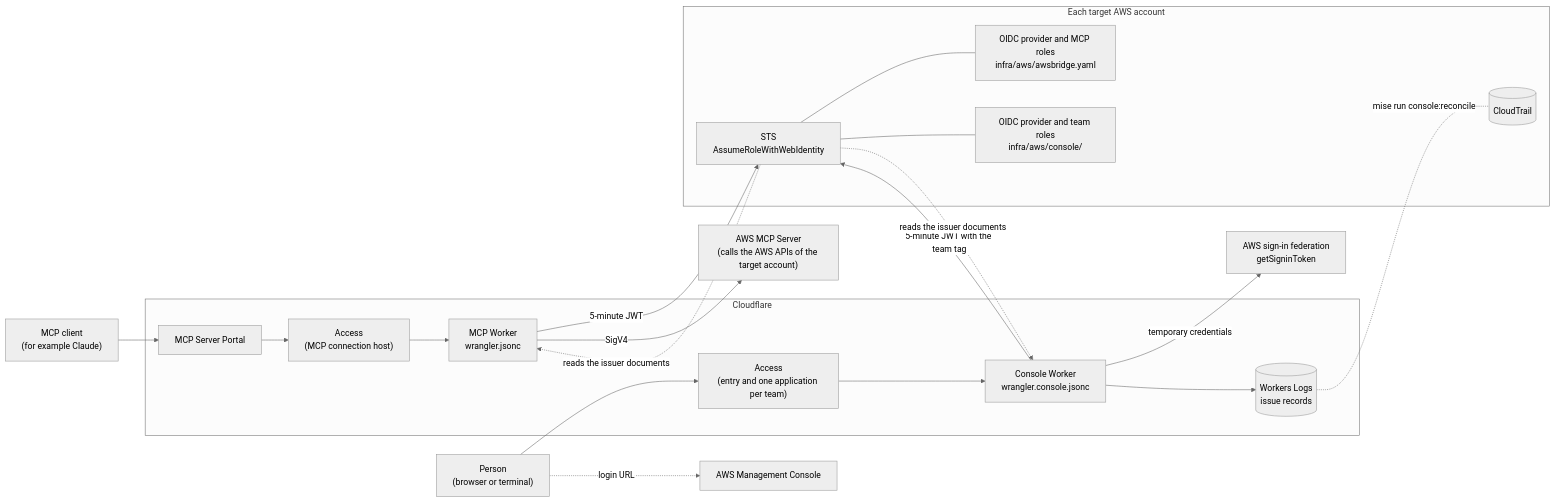
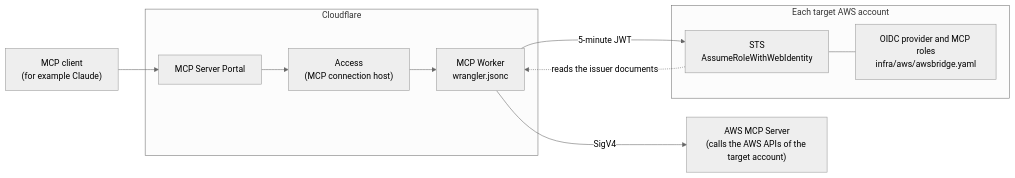
Before and after one commit to youyo/awsbridge: the diagram in README.md, drawn with Mermaid (neutral theme). The commit also changed other lines of this file and 3 other files, not shown here.

````diff
--- a/README.md
+++ b/README.md
@@ -120,35 +78,19 @@
 ```mermaid
 flowchart LR
   client["MCP client<br/>(for example Claude)"]
-  person["Person<br/>(browser or terminal)"]
   subgraph cf["Cloudflare"]
     portal["MCP Server Portal"]
     accessMcp["Access<br/>(MCP connection host)"]
-    accessConsole["Access<br/>(entry and one application per team)"]
     mcpWorker["MCP Worker<br/>wrangler.jsonc"]
-    consoleWorker["Console Worker<br/>wrangler.console.jsonc"]
-    logs[("Workers Logs<br/>issue records")]
   end
   subgraph aws["Each target AWS account"]
     sts["STS<br/>AssumeRoleWithWebIdentity"]
     mcpRoles["OIDC provider and MCP roles<br/>infra/aws/awsbridge.yaml"]
-    consoleRoles["OIDC provider and team roles<br/>infra/aws/console/"]
-    trail[("CloudTrail")]
   end
   awsMcp["AWS MCP Server<br/>(calls the AWS APIs of the target account)"]
-  federation["AWS sign-in federation<br/>getSigninToken"]
-  console["AWS Management Console"]
   client --> portal --> accessMcp --> mcpWorker
   mcpWorker -- "5-minute JWT" --> sts
   mcpWorker -- "SigV4" --> awsMcp
-  person --> accessConsole --> consoleWorker
-  consoleWorker -- "5-minute JWT with the team tag" --> sts
-  consoleWorker -- "temporary credentials" --> federation
-  person -. "login URL" .-> console
   sts --- mcpRoles
-  sts --- consoleRoles
   sts -. "reads the issuer documents" .-> mcpWorker
-  sts -. "reads the issuer documents" .-> consoleWorker
-  consoleWorker --> logs
-  logs -. "mise run console:reconcile" .- trail
 ```
````
